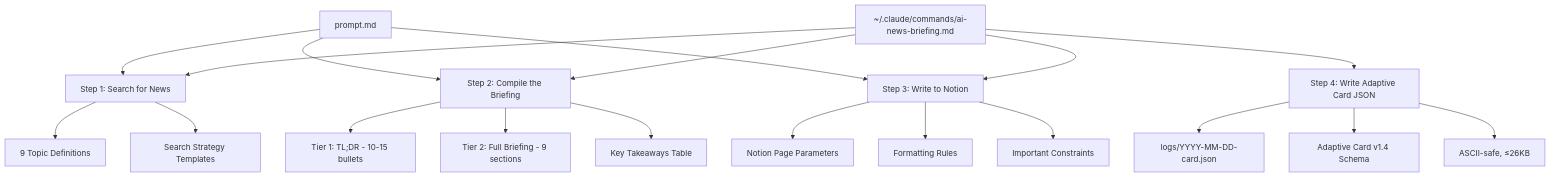
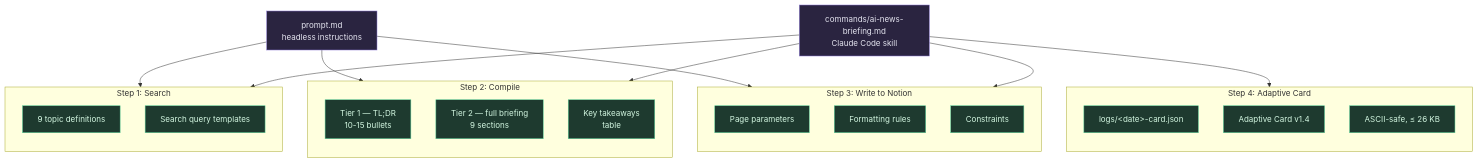
One commit to apelleg/freight-intel-brief changed the sixth of 25 diagrams in ARCHITECTURE.md. Above: the diagram before and after it, drawn with Mermaid. The commit also changed other lines of this file and 44 other files, not shown here.

````diff
--- a/ARCHITECTURE.md
+++ b/ARCHITECTURE.md
@@ -286,26 +329,44 @@
 ```mermaid
-graph TD
-    A[prompt.md] --> B[Step 1: Search for News]
-    A --> C[Step 2: Compile the Briefing]
-    A --> D[Step 3: Write to Notion]
+flowchart TD
+    classDef src   fill:#2a2440,stroke:#8b7ad4,color:#e4e4ef
+    classDef step  fill:#1e3a5f,stroke:#5b8dd8,color:#d4e4f8
+    classDef leaf  fill:#1e3a2f,stroke:#5bd49b,color:#d4f8e2
 
-    SK["~/.claude/commands/ai-news-briefing.md"] --> B
-    SK --> C
-    SK --> D
-    SK --> F[Step 4: Write Adaptive Card JSON]
+    PM["prompt.md<br/>headless instructions"]:::src
+    SK["commands/ai-news-briefing.md<br/>Claude Code skill"]:::src
 
-    B --> B1[9 Topic Definitions]
-    B --> B2[Search Strategy Templates]
+    subgraph S1["Step 1: Search"]
+        direction TB
+        B1["9 topic definitions"]:::leaf
+        B2["Search query templates"]:::leaf
+    end
 
-    C --> C1[Tier 1: TL;DR - 10-15 bullets]
-    C --> C2[Tier 2: Full Briefing - 9 sections]
-    C --> C3[Key Takeaways Table]
+    subgraph S2["Step 2: Compile"]
+        direction TB
+        C1["Tier 1 — TL;DR<br/>10-15 bullets"]:::leaf
+        C2["Tier 2 — full briefing<br/>9 sections"]:::leaf
+        C3["Key takeaways<br/>table"]:::leaf
+    end
 
-    D --> D1[Notion Page Parameters]
-    D --> D2[Formatting Rules]
-    D --> D3[Important Constraints]
+    subgraph S3["Step 3: Write to Notion"]
+        direction TB
+        D1["Page parameters"]:::leaf
+        D2["Formatting rules"]:::leaf
+        D3["Constraints"]:::leaf
+    end
 
-    F --> F1["logs/YYYY-MM-DD-card.json"]
-    F --> F2[Adaptive Card v1.4 Schema]
-    F --> F3["ASCII-safe, ≤26KB"]
+    subgraph S4["Step 4: Adaptive Card"]
+        direction TB
+        F1["logs/&lt;date&gt;-card.json"]:::leaf
+        F2["Adaptive Card v1.4"]:::leaf
+        F3["ASCII-safe, ≤ 26 KB"]:::leaf
+    end
+
+    PM --> S1
+    PM --> S2
+    PM --> S3
+    SK --> S1
+    SK --> S2
+    SK --> S3
+    SK --> S4
 ```
````
